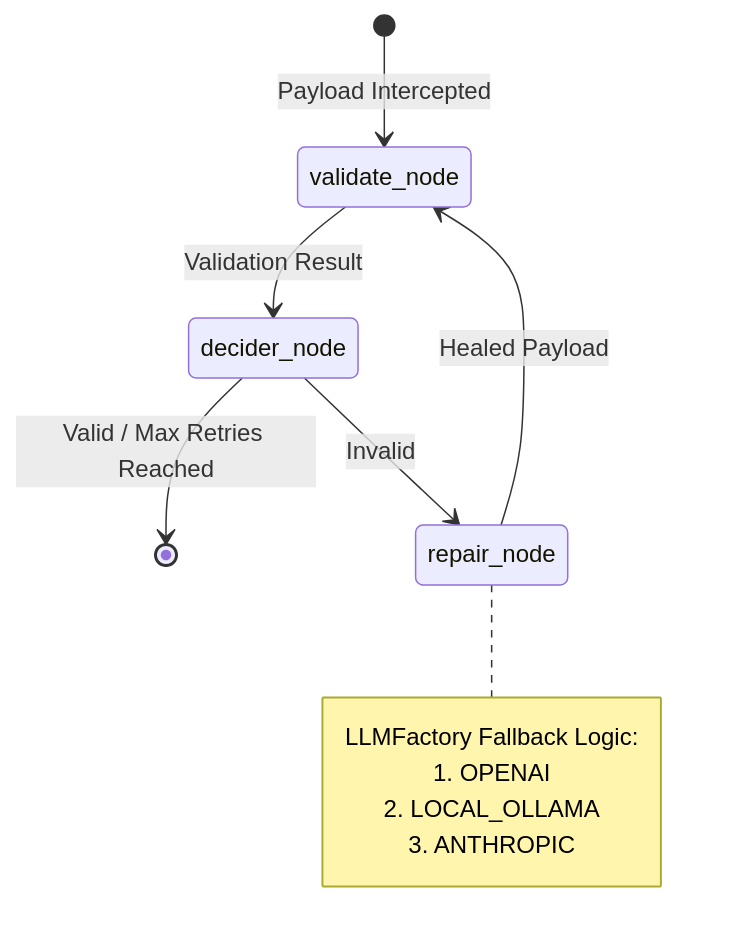
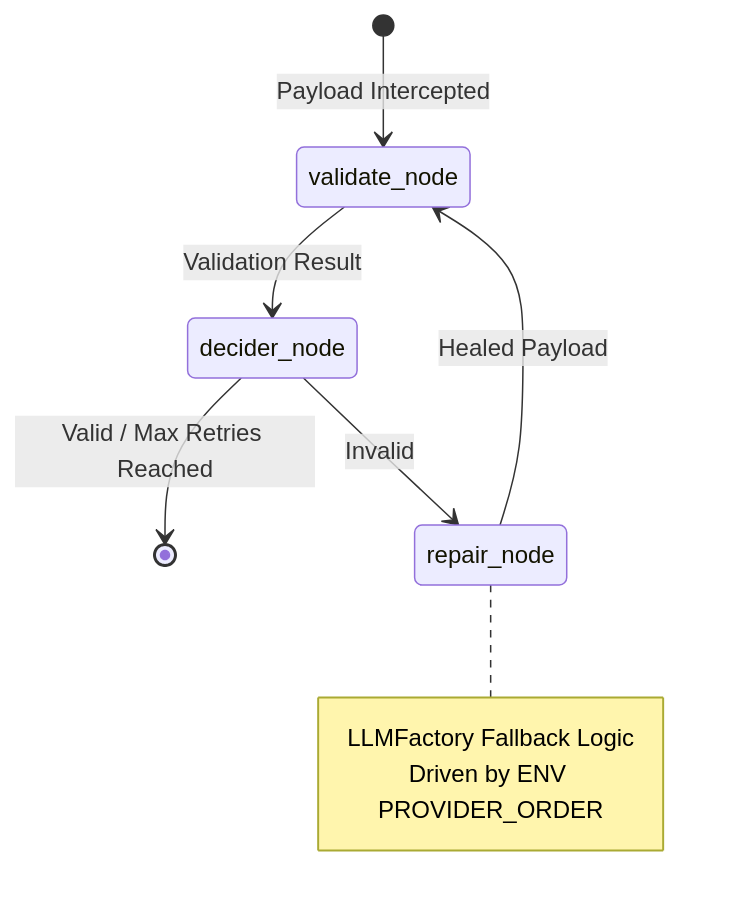
The diagram in README.md (AtaCanYmc/SentinelCell-MAS-Immune-System), drawn with Mermaid before and after one commit. The commit also changed other lines of this file and 6 other files, not shown here.

Commit message:
[SentinelCell-Feature] Add Groq support and ENV based provider ordering

````diff
--- a/README.md
+++ b/README.md
@@ -37,17 +38,15 @@
 ```mermaid
 stateDiagram-v2
     [*] --> validate_node: Payload Intercepted
     validate_node --> decider_node: Validation Result
 
     decider_node --> [*]: Valid / Max Retries Reached
     decider_node --> repair_node: Invalid
 
     repair_node --> validate_node: Healed Payload
 
     note right of repair_node
-        LLMFactory Fallback Logic:
-        1. OPENAI
-        2. LOCAL_OLLAMA
-        3. ANTHROPIC
+        LLMFactory Fallback Logic
+        Driven by ENV PROVIDER_ORDER
     end note
 ```
````
